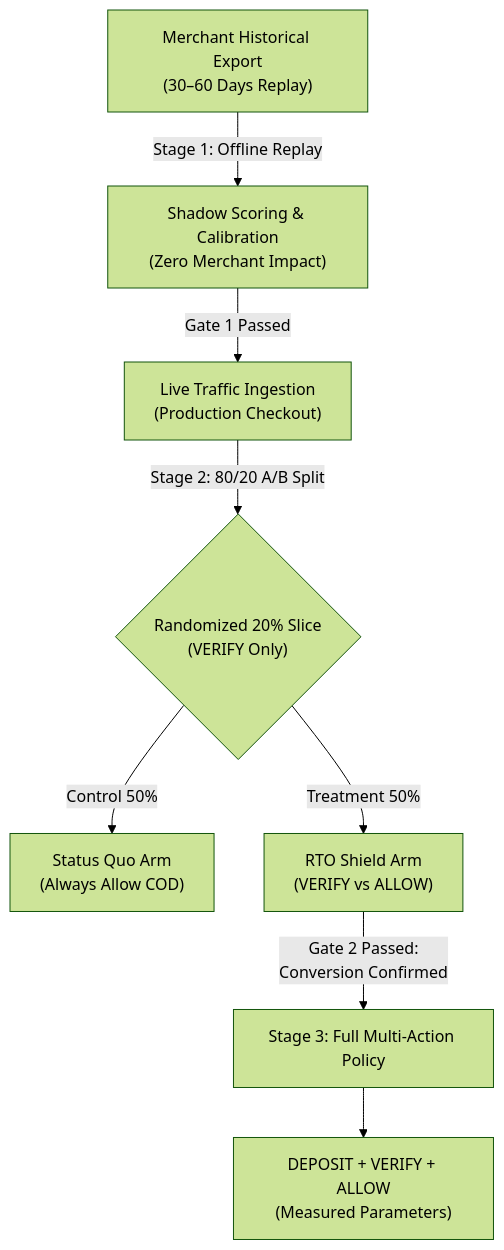
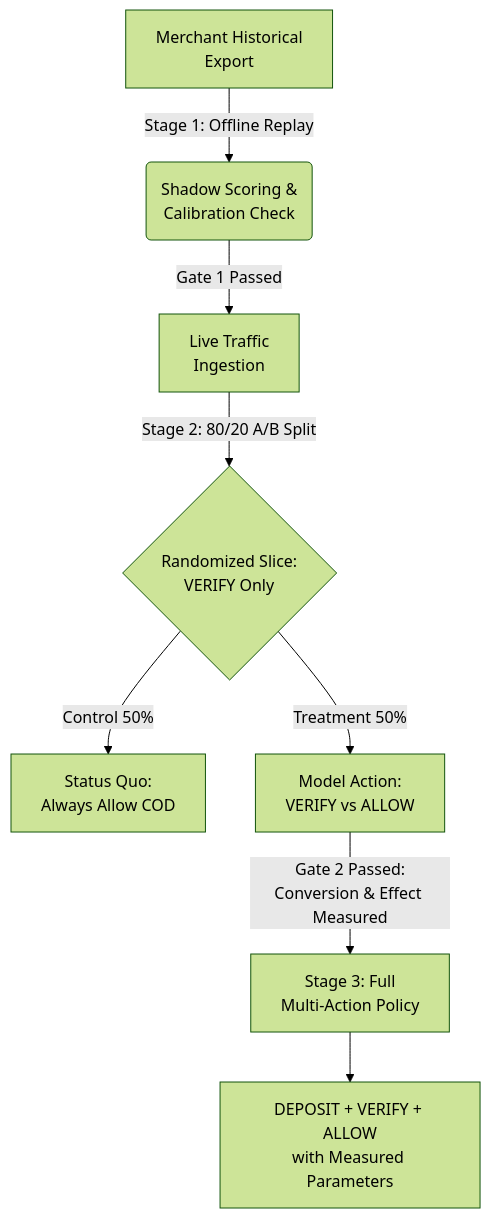
Before and after one commit to mahirbhat70-eng/rto-shield: the diagram in audit/PILOT_DESIGN.md, drawn with Mermaid (forest theme).

Commit message:
docs(audit): retain exact wording for all nodes and edges in pilot design Mermaid diagram

````diff
--- a/audit/PILOT_DESIGN.md
+++ b/audit/PILOT_DESIGN.md
@@ -9,10 +9,10 @@
 ```mermaid
 flowchart TD
-    A["Merchant Historical Export<br/>(30–60 Days Replay)"] -->|"Stage 1: Offline Replay"| B["Shadow Scoring &amp; Calibration<br/>(Zero Merchant Impact)"]
-    B -->|"Gate 1 Passed"| C["Live Traffic Ingestion<br/>(Production Checkout)"]
-    C -->|"Stage 2: 80/20 A/B Split"| D{"Randomized 20% Slice<br/>(VERIFY Only)"}
-    D -->|"Control 50%"| E["Status Quo Arm<br/>(Always Allow COD)"]
-    D -->|"Treatment 50%"| F["RTO Shield Arm<br/>(VERIFY vs ALLOW)"]
-    F -->|"Gate 2 Passed:<br/>Conversion Confirmed"| G["Stage 3: Full Multi-Action Policy"]
-    G --> H["DEPOSIT + VERIFY + ALLOW<br/>(Measured Parameters)"]
+    A["Merchant Historical<br/>Export"] -->|"Stage 1: Offline Replay"| B("Shadow Scoring &<br/>Calibration Check")
+    B -->|"Gate 1 Passed"| C["Live Traffic<br/>Ingestion"]
+    C -->|"Stage 2: 80/20 A/B Split"| D{"Randomized Slice:<br/>VERIFY Only"}
+    D -->|"Control 50%"| E["Status Quo:<br/>Always Allow COD"]
+    D -->|"Treatment 50%"| F["Model Action:<br/>VERIFY vs ALLOW"]
+    F -->|"Gate 2 Passed:<br/>Conversion & Effect Measured"| G["Stage 3: Full<br/>Multi-Action Policy"]
+    G --> H["DEPOSIT + VERIFY + ALLOW<br/>with Measured Parameters"]
 ```
````
